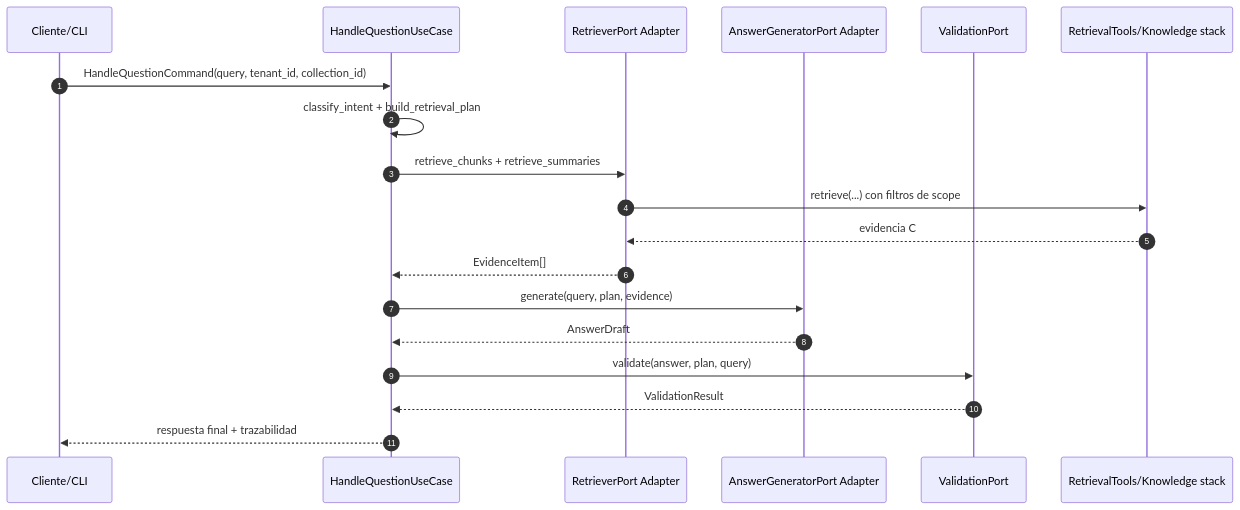
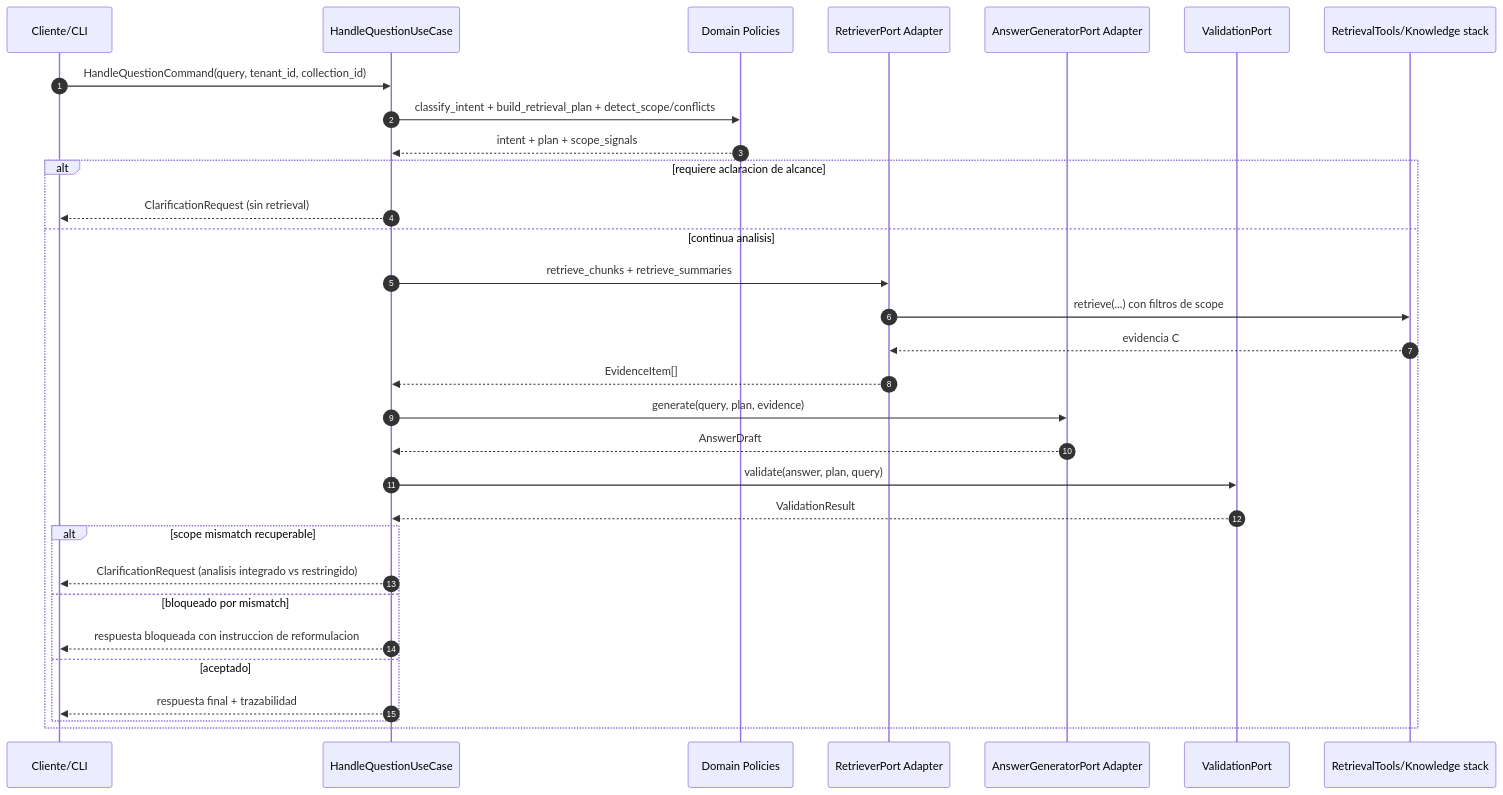
One commit to mcalza96/CIRE-RAG changed the ninth of 11 diagrams in rag-ingestion/docs/flows-and-diagrams.md. Above: the diagram before and after it, drawn with Mermaid. The commit also changed other lines of this file and 25 other files, not shown here.

Commit message:
docs: update architecture diagrams and flows to reflect atomic engine and bootstrap fix

````diff
--- a/rag-ingestion/docs/flows-and-diagrams.md
+++ b/rag-ingestion/docs/flows-and-diagrams.md
@@ -215,22 +207,34 @@
 ```mermaid
 sequenceDiagram
     autonumber
     participant C as Cliente/CLI
     participant QAO as HandleQuestionUseCase
+    participant POL as Domain Policies
     participant RET as RetrieverPort Adapter
     participant GEN as AnswerGeneratorPort Adapter
     participant VAL as ValidationPort
     participant RAG as RetrievalTools/Knowledge stack
 
     C->>QAO: HandleQuestionCommand(query, tenant_id, collection_id)
-    QAO->>QAO: classify_intent + build_retrieval_plan
+    QAO->>POL: classify_intent + build_retrieval_plan + detect_scope/conflicts
+    POL-->>QAO: intent + plan + scope_signals
+    alt requiere aclaracion de alcance
+      QAO-->>C: ClarificationRequest (sin retrieval)
+    else continua analisis
     QAO->>RET: retrieve_chunks + retrieve_summaries
     RET->>RAG: retrieve(...) con filtros de scope
     RAG-->>RET: evidencia C#/R#
     RET-->>QAO: EvidenceItem[]
     QAO->>GEN: generate(query, plan, evidence)
     GEN-->>QAO: AnswerDraft
     QAO->>VAL: validate(answer, plan, query)
     VAL-->>QAO: ValidationResult
-    QAO-->>C: respuesta final + trazabilidad
+    alt scope mismatch recuperable
+      QAO-->>C: ClarificationRequest (analisis integrado vs restringido)
+    else bloqueado por mismatch
+      QAO-->>C: respuesta bloqueada con instruccion de reformulacion
+    else aceptado
+      QAO-->>C: respuesta final + trazabilidad
+    end
+    end
 ```
````
